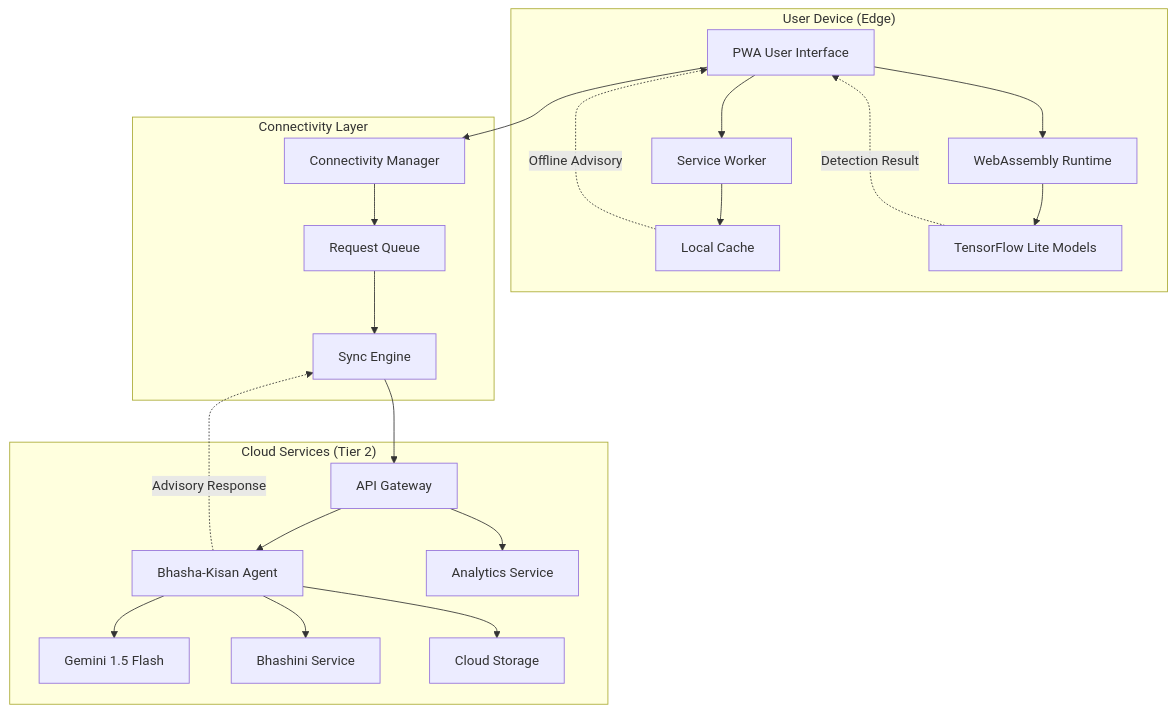
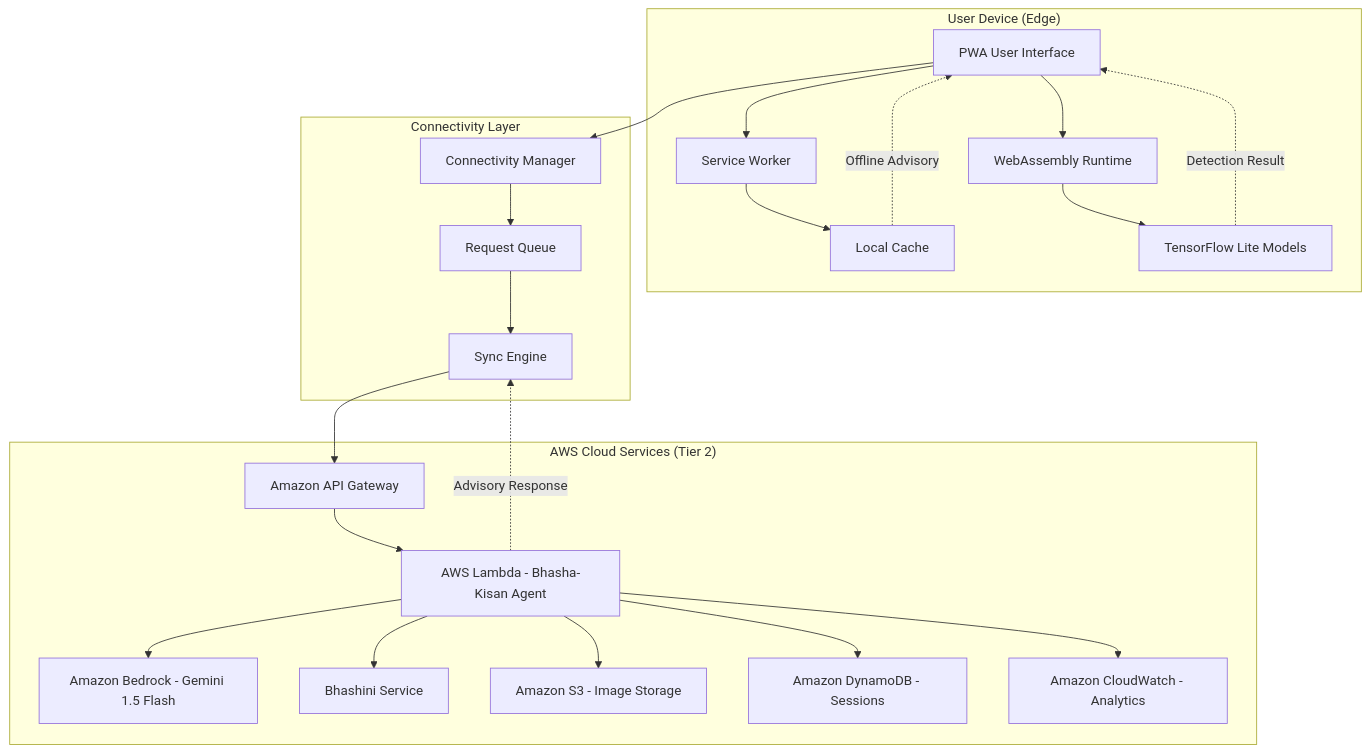
One commit to DanielSamsonLawrence/Smart_Bharath_hackthon changed the diagram in .kiro/specs/krishi-kavach-ai/design.md. Above: the diagram before and after it, drawn with Mermaid. The commit also changed other lines of this file and 1 other file, not shown here.

````diff
--- a/.kiro/specs/krishi-kavach-ai/design.md
+++ b/.kiro/specs/krishi-kavach-ai/design.md
@@ -27,45 +29,47 @@
 ```mermaid
 graph TB
     subgraph "User Device (Edge)"
         UI[PWA User Interface]
         SW[Service Worker]
         Cache[Local Cache]
         Wasm[WebAssembly Runtime]
         TFLite[TensorFlow Lite Models]
         
         UI --> SW
         SW --> Cache
         UI --> Wasm
         Wasm --> TFLite
     end
     
     subgraph "Connectivity Layer"
         ConnMgr[Connectivity Manager]
         Queue[Request Queue]
         Sync[Sync Engine]
         
         UI --> ConnMgr
         ConnMgr --> Queue
         Queue --> Sync
     end
     
-    subgraph "Cloud Services (Tier 2)"
-        API[API Gateway]
-        Agent[Bhasha-Kisan Agent]
-        Gemini[Gemini 1.5 Flash]
+    subgraph "AWS Cloud Services (Tier 2)"
+        APIGW[Amazon API Gateway]
+        Lambda[AWS Lambda - Bhasha-Kisan Agent]
+        Bedrock[Amazon Bedrock - Gemini 1.5 Flash]
         Bhashini[Bhashini Service]
-        Storage[Cloud Storage]
-        Analytics[Analytics Service]
+        S3[Amazon S3 - Image Storage]
+        DynamoDB[Amazon DynamoDB - Sessions]
+        CloudWatch[Amazon CloudWatch - Analytics]
         
-        Sync --> API
-        API --> Agent
-        Agent --> Gemini
-        Agent --> Bhashini
-        Agent --> Storage
-        API --> Analytics
+        Sync --> APIGW
+        APIGW --> Lambda
+        Lambda --> Bedrock
+        Lambda --> Bhashini
+        Lambda --> S3
+        Lambda --> DynamoDB
+        Lambda --> CloudWatch
     end
     
     Cache -.->|Offline Advisory| UI
     TFLite -.->|Detection Result| UI
-    Agent -.->|Advisory Response| Sync
+    Lambda -.->|Advisory Response| Sync
 ```
````
